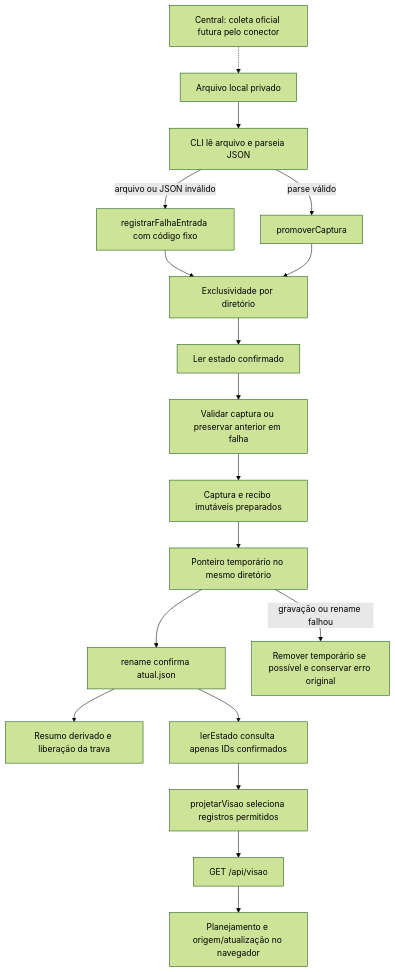
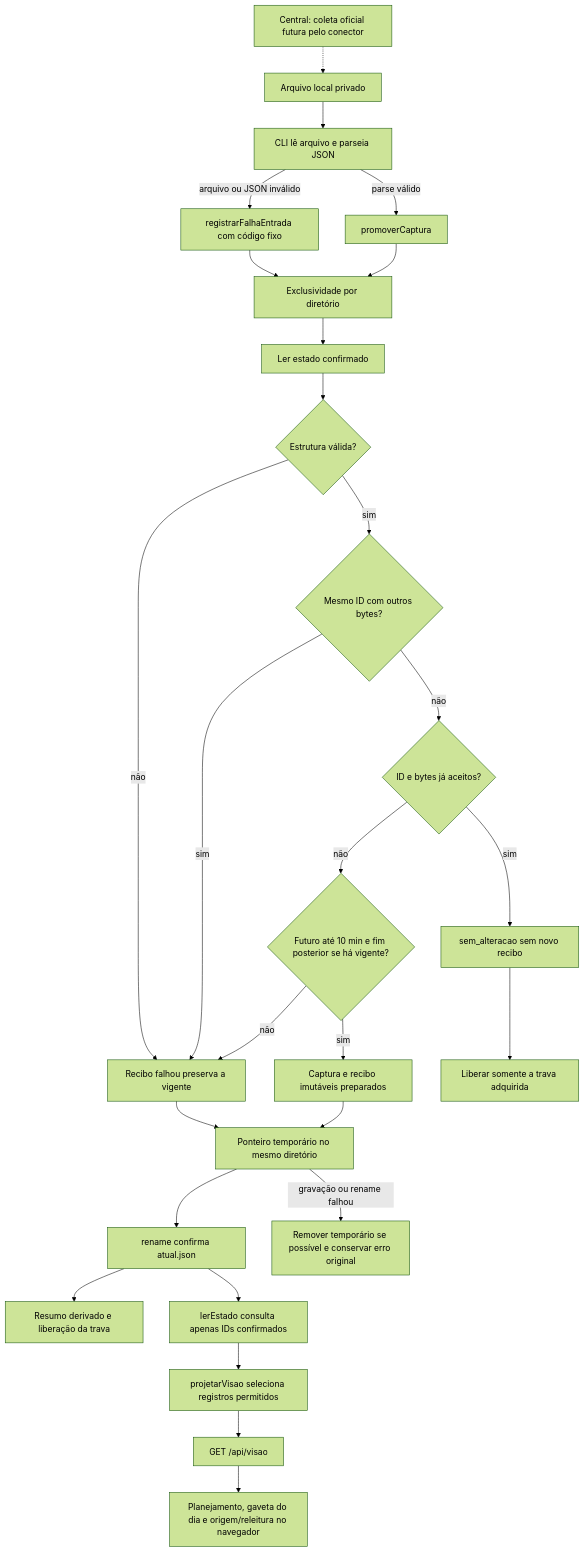
The second of 3 diagrams in docs/architecture.md (Browsher/crm-social), drawn with Mermaid (forest theme) before and after one commit. The commit also changed other lines of this file and 21 other files, not shown here.

````diff
--- a/docs/architecture.md
+++ b/docs/architecture.md
@@ -45,20 +45,29 @@
 ```mermaid
 flowchart TD
   Central["Central: coleta oficial futura pelo conector"] -.-> JSON[Arquivo local privado]
   JSON --> CLI[CLI lê arquivo e parseia JSON]
   CLI -->|arquivo ou JSON inválido| Falha[registrarFalhaEntrada com código fixo]
   CLI -->|parse válido| Promover[promoverCaptura]
   Falha --> Lock[Exclusividade por diretório]
   Promover --> Lock
   Lock --> Estado[Ler estado confirmado]
-  Estado --> Validar[Validar captura ou preservar anterior em falha]
-  Validar --> Preparar[Captura e recibo imutáveis preparados]
+  Estado --> Validar{Estrutura válida?}
+  Validar -->|não| Rejeitar[Recibo falhou preserva a vigente]
+  Validar -->|sim| Conflito{Mesmo ID com outros bytes?}
+  Conflito -->|sim| Rejeitar
+  Conflito -->|não| Aceita{ID e bytes já aceitos?}
+  Aceita -->|sim| NoOp[sem_alteracao sem novo recibo]
+  Aceita -->|não| Tempo{Futuro até 10 min e fim posterior se há vigente?}
+  Tempo -->|não| Rejeitar
+  Tempo -->|sim| Preparar[Captura e recibo imutáveis preparados]
+  Rejeitar --> Ponteiro
   Preparar --> Ponteiro[Ponteiro temporário no mesmo diretório]
   Ponteiro --> Confirmar[rename confirma atual.json]
   Ponteiro -->|gravação ou rename falhou| Limpeza[Remover temporário se possível e conservar erro original]
   Confirmar --> Cache[Resumo derivado e liberação da trava]
+  NoOp --> Liberar[Liberar somente a trava adquirida]
   Confirmar --> Ler[lerEstado consulta apenas IDs confirmados]
   Ler --> Projetar[projetarVisao seleciona registros permitidos]
   Projetar --> API[GET /api/visao]
-  API --> UI[Planejamento e origem/atualização no navegador]
+  API --> UI[Planejamento, gaveta do dia e origem/releitura no navegador]
 ```
````
